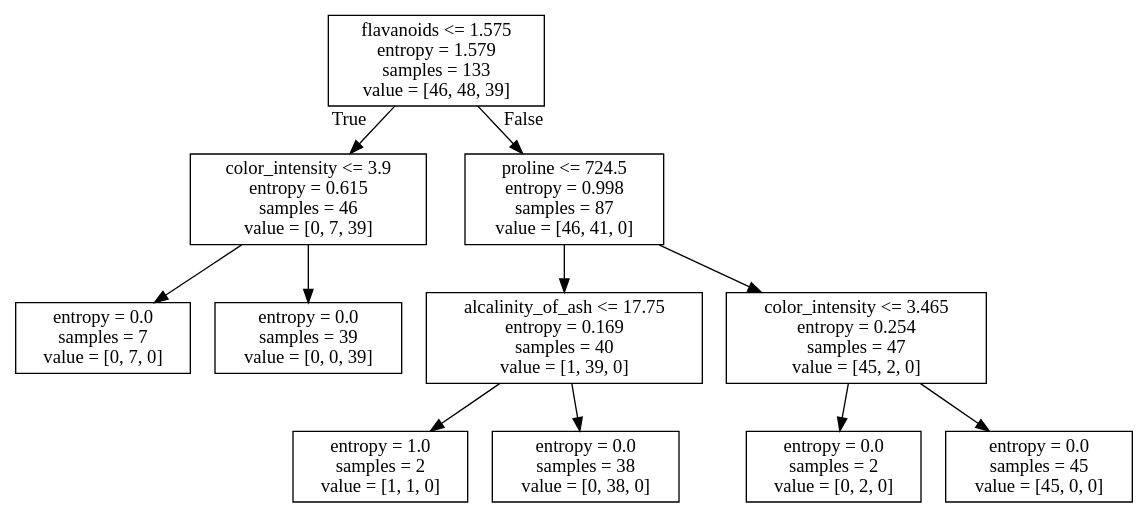
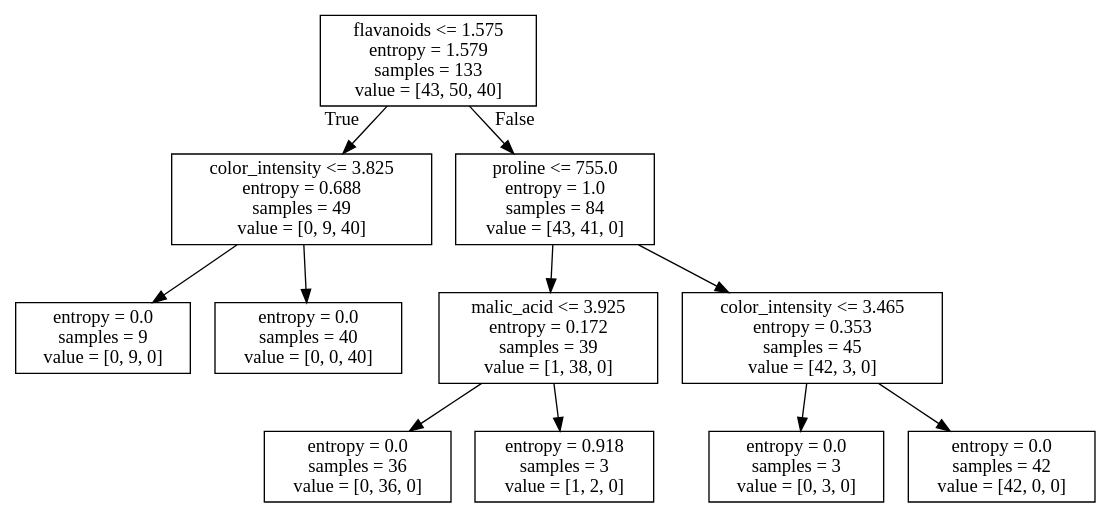
One commit to gomljo/DecisionTreeForPaper changed the diagram in result/scikit-learn dot/wine result-second.dot. Above: the diagram before and after it, drawn with Graphviz. The commit also changed 38 other files, not shown here.

```diff
--- a/result/scikit-learn dot/wine result-second.dot
+++ b/result/scikit-learn dot/wine result-second.dot
@@ -1,24 +1,24 @@
 digraph Tree {
 node [shape=box] ;
-0 [label="flavanoids <= 1.575\nentropy = 1.579\nsamples = 133\nvalue = [46, 48, 39]"] ;
-1 [label="color_intensity <= 3.9\nentropy = 0.615\nsamples = 46\nvalue = [0, 7, 39]"] ;
+0 [label="flavanoids <= 1.575\nentropy = 1.579\nsamples = 133\nvalue = [43, 50, 40]"] ;
+1 [label="color_intensity <= 3.825\nentropy = 0.688\nsamples = 49\nvalue = [0, 9, 40]"] ;
 0 -> 1 [labeldistance=2.5, labelangle=45, headlabel="True"] ;
-2 [label="entropy = 0.0\nsamples = 7\nvalue = [0, 7, 0]"] ;
+2 [label="entropy = 0.0\nsamples = 9\nvalue = [0, 9, 0]"] ;
 1 -> 2 ;
-3 [label="entropy = 0.0\nsamples = 39\nvalue = [0, 0, 39]"] ;
+3 [label="entropy = 0.0\nsamples = 40\nvalue = [0, 0, 40]"] ;
 1 -> 3 ;
-4 [label="proline <= 724.5\nentropy = 0.998\nsamples = 87\nvalue = [46, 41, 0]"] ;
+4 [label="proline <= 755.0\nentropy = 1.0\nsamples = 84\nvalue = [43, 41, 0]"] ;
 0 -> 4 [labeldistance=2.5, labelangle=-45, headlabel="False"] ;
-5 [label="alcalinity_of_ash <= 17.75\nentropy = 0.169\nsamples = 40\nvalue = [1, 39, 0]"] ;
+5 [label="malic_acid <= 3.925\nentropy = 0.172\nsamples = 39\nvalue = [1, 38, 0]"] ;
 4 -> 5 ;
-6 [label="entropy = 1.0\nsamples = 2\nvalue = [1, 1, 0]"] ;
+6 [label="entropy = 0.0\nsamples = 36\nvalue = [0, 36, 0]"] ;
 5 -> 6 ;
-7 [label="entropy = 0.0\nsamples = 38\nvalue = [0, 38, 0]"] ;
+7 [label="entropy = 0.918\nsamples = 3\nvalue = [1, 2, 0]"] ;
 5 -> 7 ;
-8 [label="color_intensity <= 3.465\nentropy = 0.254\nsamples = 47\nvalue = [45, 2, 0]"] ;
+8 [label="color_intensity <= 3.465\nentropy = 0.353\nsamples = 45\nvalue = [42, 3, 0]"] ;
 4 -> 8 ;
-9 [label="entropy = 0.0\nsamples = 2\nvalue = [0, 2, 0]"] ;
+9 [label="entropy = 0.0\nsamples = 3\nvalue = [0, 3, 0]"] ;
 8 -> 9 ;
-10 [label="entropy = 0.0\nsamples = 45\nvalue = [45, 0, 0]"] ;
+10 [label="entropy = 0.0\nsamples = 42\nvalue = [42, 0, 0]"] ;
 8 -> 10 ;
 }
```
